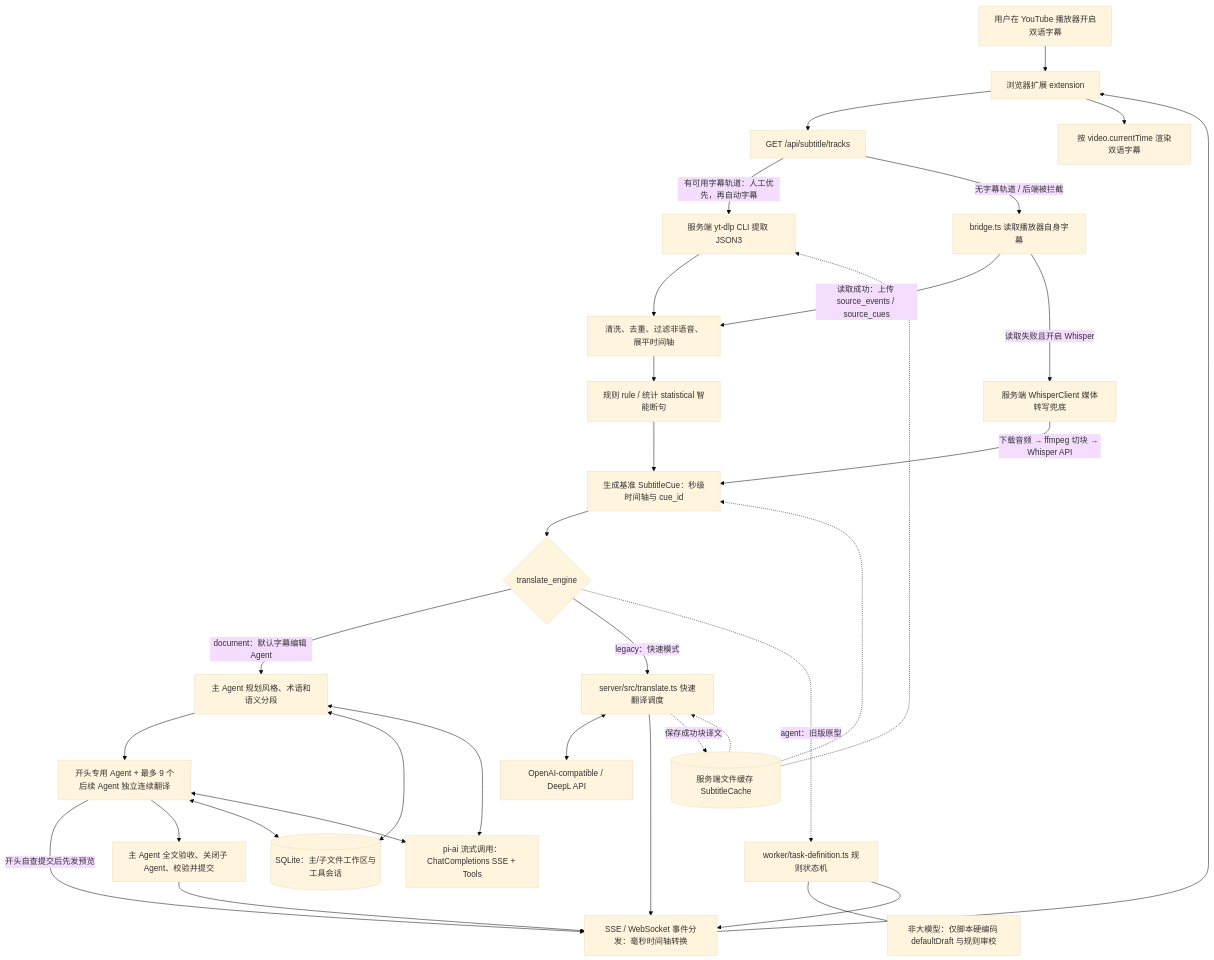
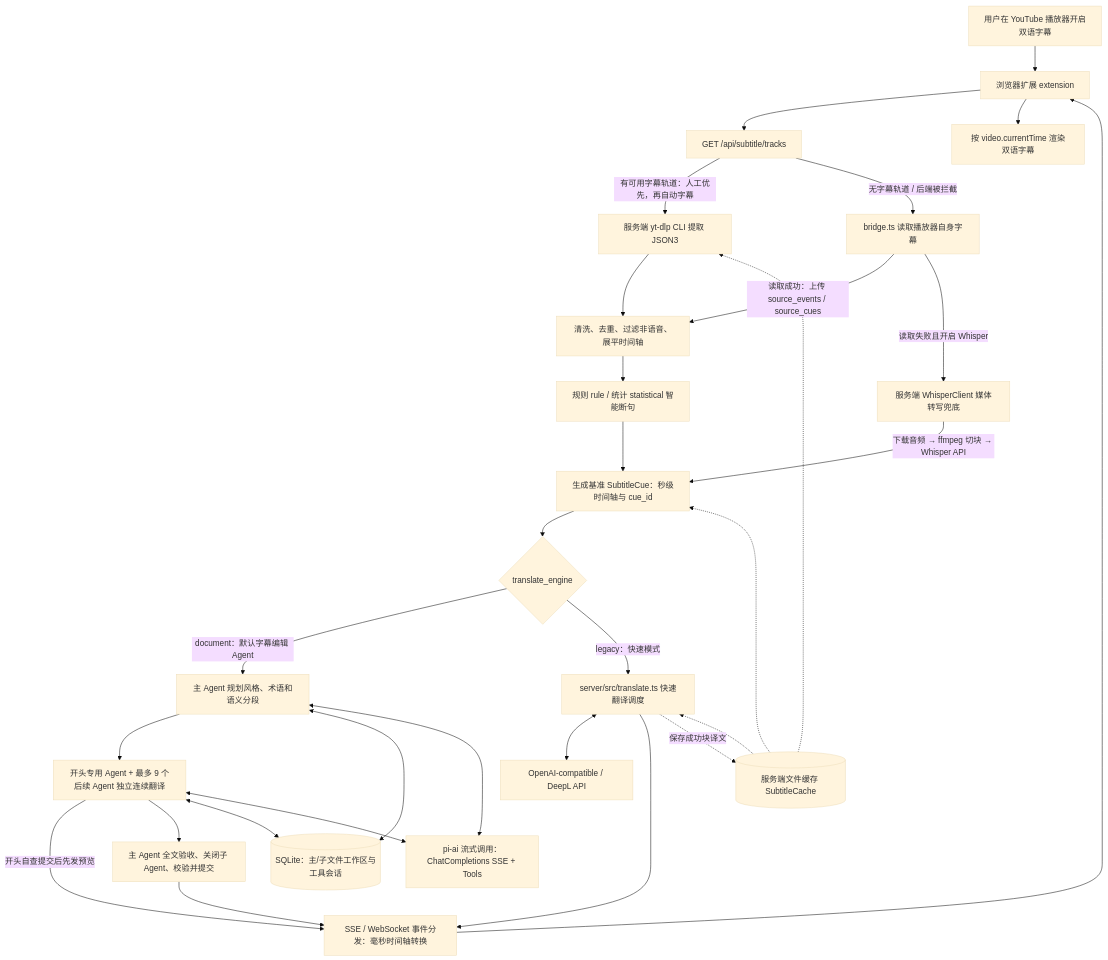
One commit to midastruth/youtube-translator changed the first of 2 diagrams in docs/translation-architecture.md. Above: the diagram before and after it, drawn with Mermaid (base theme). The commit also changed other lines of this file and 63 other files, not shown here.

````diff
--- a/docs/translation-architecture.md
+++ b/docs/translation-architecture.md
@@ -11,41 +11,37 @@
 ```mermaid
 flowchart TD
     U[用户在 YouTube 播放器开启双语字幕] --> E[浏览器扩展 extension]
     E --> T[GET /api/subtitle/tracks]
     T -->|有可用字幕轨道：人工优先，再自动字幕| Y[服务端 yt-dlp CLI 提取 JSON3]
     T -->|无字幕轨道 / 后端被拦截| B[bridge.ts 读取播放器自身字幕]
     B -->|读取成功：上传 source_events / source_cues| P[清洗、去重、过滤非语音、展平时间轴]
     Y --> P
     P --> S[规则 rule / 统计 statistical 智能断句]
     S --> C[生成基准 SubtitleCue：秒级时间轴与 cue_id]
     B -->|读取失败且开启 Whisper| W[服务端 WhisperClient 媒体转写兜底]
     W -->|下载音频 → ffmpeg 切块 → Whisper API| C
     
     C --> Q{translate_engine}
     
     Q -->|document：默认字幕编辑 Agent| DW[主 Agent 规划风格、术语和语义分段]
     DW --> CHILD[开头专用 Agent + 最多 9 个后续 Agent 独立连续翻译]
     CHILD -->|开头自查提交后先发预览| SSE
     CHILD --> REVIEW[主 Agent 全文验收、关闭子 Agent、校验并提交]
     DW <--> DB[(SQLite：主/子文件工作区与工具会话)]
     CHILD <--> DB
     DW <--> LLM[pi-ai 流式调用：ChatCompletions SSE + Tools]
     CHILD <--> LLM
     
     Q -->|legacy：快速模式| L[server/src/translate.ts 快速翻译调度]
     L <--> API[OpenAI-compatible / DeepL API]
     
-    Q -.->|agent：旧版原型| AG[worker/task-definition.ts 规则状态机]
-    AG --- NOTE[非大模型：仅脚本硬编码 defaultDraft 与规则审校]
-    
     REVIEW --> SSE[SSE / WebSocket 事件分发：毫秒时间轴转换]
     L --> SSE
-    AG --> SSE
     SSE --> E
     E --> R[按 video.currentTime 渲染双语字幕]
     
     FC[(服务端文件缓存 SubtitleCache)] -.-> Y
     FC -.-> C
     FC -.-> L
     L -.->|保存成功块译文| FC
 ```
````
